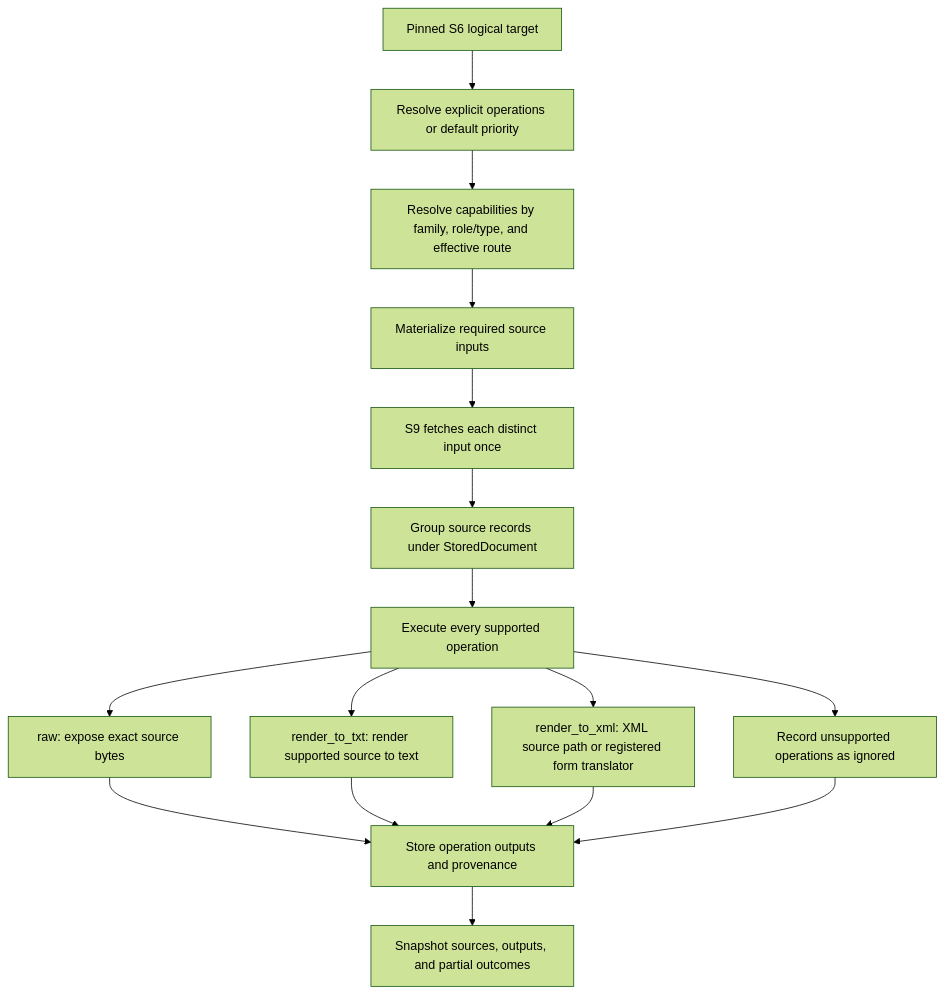
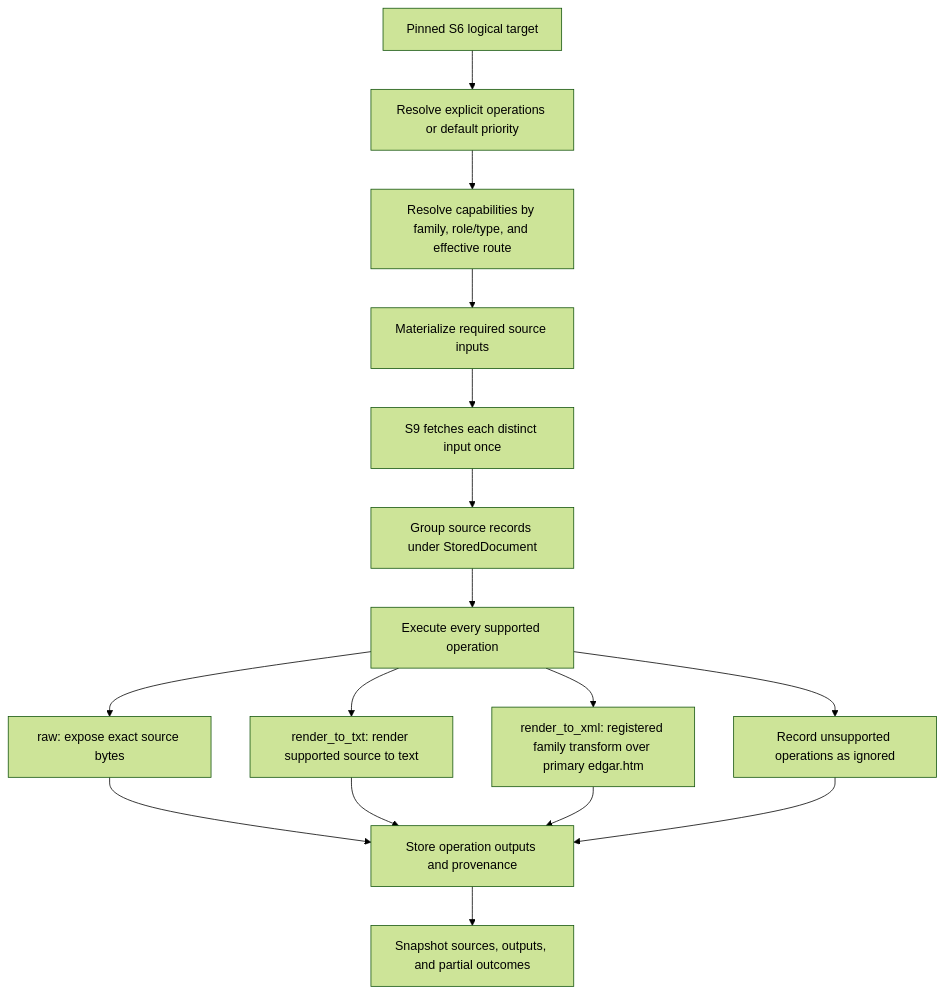
The diagram in roadmap/accession_document_flow/subplans/document_acquisition/processing_decision_tree.md (DerivedFunction01/edgar-sec), drawn with Mermaid (forest theme) before and after one commit. The commit also changed other lines of this file and 25 other files, not shown here.

````diff
--- a/roadmap/accession_document_flow/subplans/document_acquisition/processing_decision_tree.md
+++ b/roadmap/accession_document_flow/subplans/document_acquisition/processing_decision_tree.md
@@ -94,20 +87,20 @@
 ```mermaid
 flowchart TD
     TARGET["Pinned S6 logical target"] --> OPS["Resolve explicit operations or default priority"]
     OPS --> CAP["Resolve capabilities by family, role/type, and effective route"]
     CAP --> SOURCES["Materialize required source inputs"]
     SOURCES --> FETCH["S9 fetches each distinct input once"]
     FETCH --> GROUP["Group source records under StoredDocument"]
     GROUP --> RUN["Execute every supported operation"]
 
     RUN --> RAW["raw: expose exact source bytes"]
     RUN --> TXT["render_to_txt: render supported source to text"]
-    RUN --> XML["render_to_xml: XML source path or registered form translator"]
+    RUN --> XML["render_to_xml: registered family transform over primary edgar.htm"]
     RUN --> IGNORE["Record unsupported operations as ignored"]
 
     RAW --> OUTPUT["Store operation outputs and provenance"]
     TXT --> OUTPUT
     XML --> OUTPUT
     IGNORE --> OUTPUT
     OUTPUT --> SNAPSHOT["Snapshot sources, outputs, and partial outcomes"]
 ```
````
